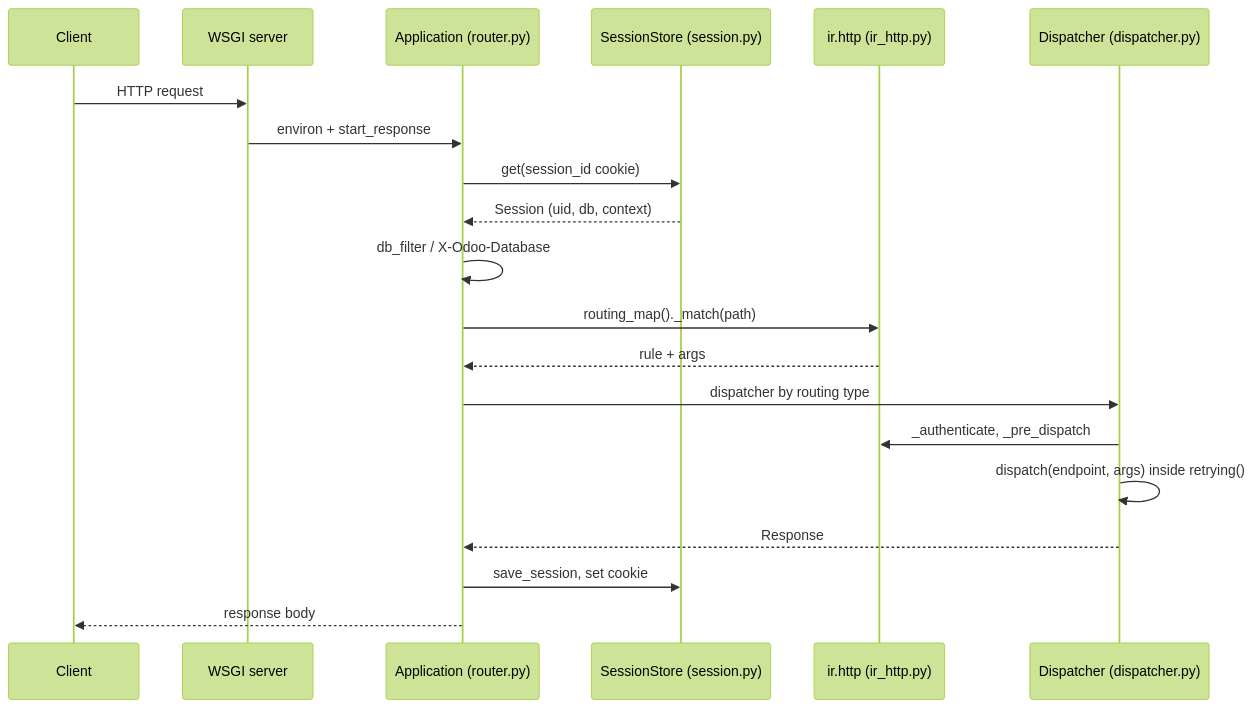
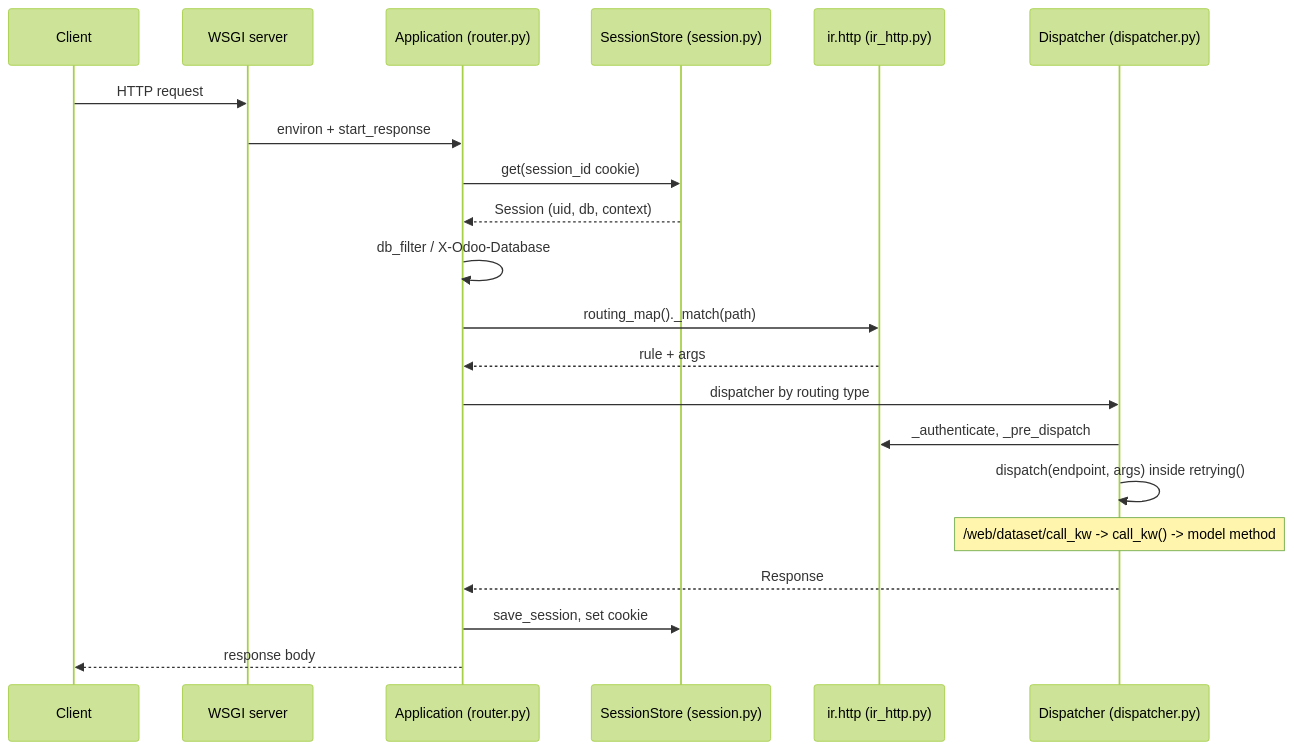
Before and after one commit to blitzy-public-samples/odoo: the diagram in droid-wiki/systems/http-server.md, drawn with Mermaid (forest theme). The commit also changed other lines of this file and 78 other files, not shown here.

````diff
--- a/droid-wiki/systems/http-server.md
+++ b/droid-wiki/systems/http-server.md
@@ -63,22 +78,23 @@
 ```mermaid
 sequenceDiagram
     participant C as Client
     participant S as WSGI server
     participant A as Application (router.py)
     participant SS as SessionStore (session.py)
     participant I as ir.http (ir_http.py)
     participant D as Dispatcher (dispatcher.py)
     C->>S: HTTP request
     S->>A: environ + start_response
     A->>SS: get(session_id cookie)
     SS-->>A: Session (uid, db, context)
     A->>A: db_filter / X-Odoo-Database
     A->>I: routing_map()._match(path)
     I-->>A: rule + args
     A->>D: dispatcher by routing type
     D->>I: _authenticate, _pre_dispatch
     D->>D: dispatch(endpoint, args) inside retrying()
+    Note over D: /web/dataset/call_kw -> call_kw() -> model method
     D-->>A: Response
     A->>SS: save_session, set cookie
     A-->>C: response body
 ```
````
